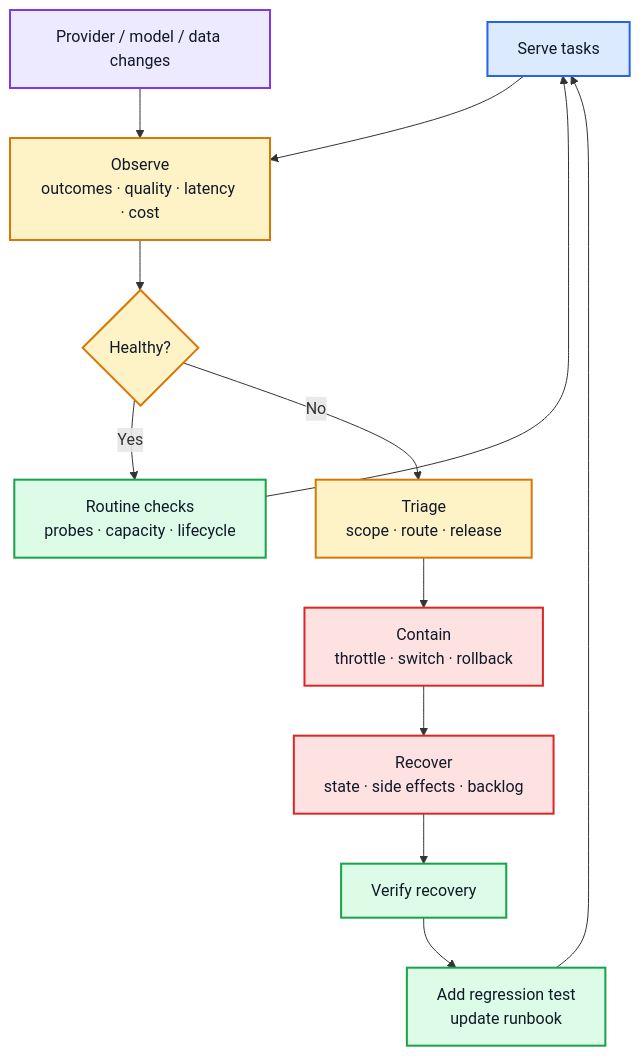
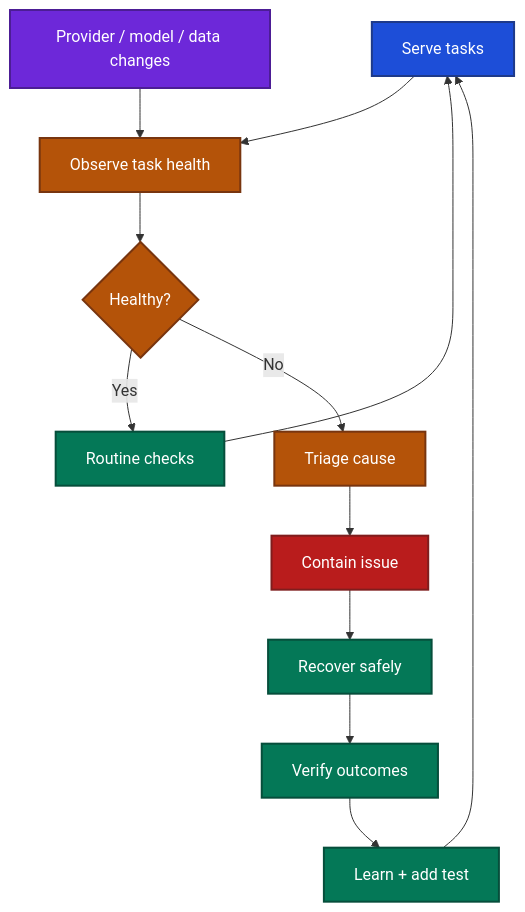
Before and after one commit to FinanceFlash/unvibecode: the first of 3 diagrams in AI Engineering Cheatsheet/AI system design/AI_OPERATIONS_IMPLEMENTATION_GUIDE.md, drawn with Mermaid.

Commit message:
Fix AI operations daily reliability diagram

````diff
--- a/AI Engineering Cheatsheet/AI system design/AI_OPERATIONS_IMPLEMENTATION_GUIDE.md
+++ b/AI Engineering Cheatsheet/AI system design/AI_OPERATIONS_IMPLEMENTATION_GUIDE.md
@@ -18,29 +18,29 @@
 ```mermaid
 flowchart TD
-    A["Serve tasks"] --> B["Observe<br/>outcomes · quality · latency · cost"]
+    A["Serve tasks"] --> B["Observe task health"]
     B --> C{"Healthy?"}
 
-    C -->|Yes| D["Routine checks<br/>probes · capacity · lifecycle"]
+    C -->|Yes| D["Routine checks"]
     D --> A
 
-    C -->|No| E["Triage<br/>scope · route · release"]
-    E --> F["Contain<br/>throttle · switch · rollback"]
-    F --> G["Recover<br/>state · side effects · backlog"]
-    G --> H["Verify recovery"]
-    H --> I["Add regression test<br/>update runbook"]
+    C -->|No| E["Triage cause"]
+    E --> F["Contain issue"]
+    F --> G["Recover safely"]
+    G --> H["Verify outcomes"]
+    H --> I["Learn + add test"]
     I --> A
 
     J["Provider / model / data changes"] --> B
 
-    classDef live fill:#dbeafe,stroke:#2563eb,stroke-width:2px,color:#111827;
-    classDef inspect fill:#fef3c7,stroke:#d97706,stroke-width:2px,color:#111827;
-    classDef action fill:#fee2e2,stroke:#dc2626,stroke-width:2px,color:#111827;
-    classDef safe fill:#dcfce7,stroke:#16a34a,stroke-width:2px,color:#111827;
-    classDef external fill:#ede9fe,stroke:#7c3aed,stroke-width:2px,color:#111827;
+    classDef live fill:#1d4ed8,stroke:#1e3a8a,stroke-width:2px,color:#ffffff;
+    classDef inspect fill:#b45309,stroke:#78350f,stroke-width:2px,color:#ffffff;
+    classDef danger fill:#b91c1c,stroke:#7f1d1d,stroke-width:2px,color:#ffffff;
+    classDef safe fill:#047857,stroke:#064e3b,stroke-width:2px,color:#ffffff;
+    classDef external fill:#6d28d9,stroke:#4c1d95,stroke-width:2px,color:#ffffff;
 
     class A live;
     class B,C,E inspect;
-    class F,G action;
-    class D,H,I safe;
+    class F danger;
+    class D,G,H,I safe;
     class J external;
 ```
````
